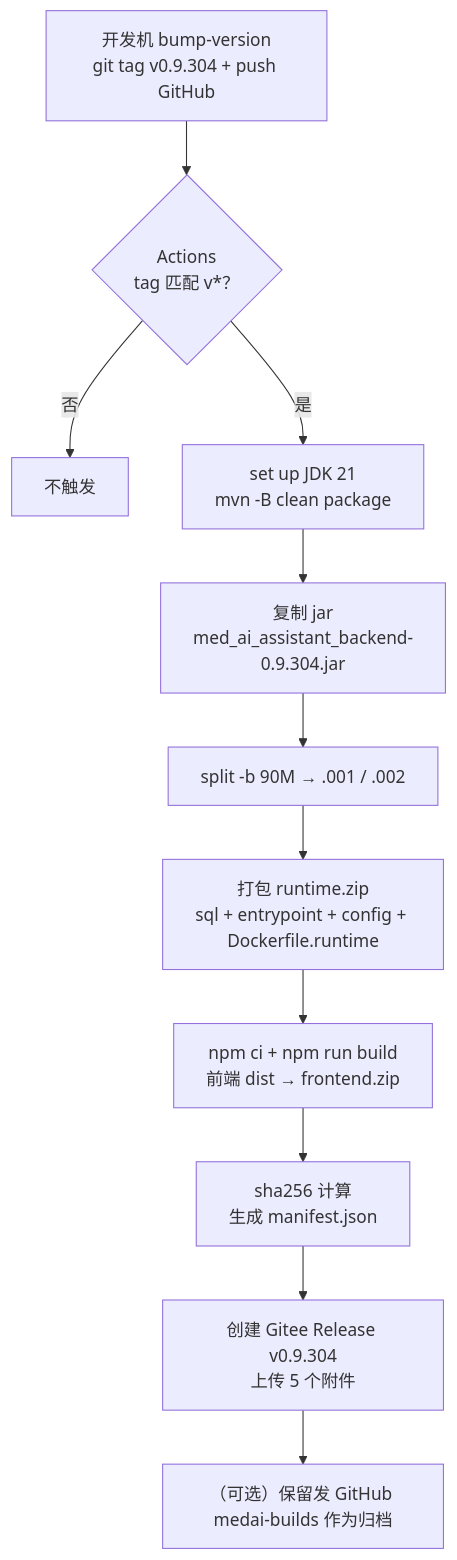
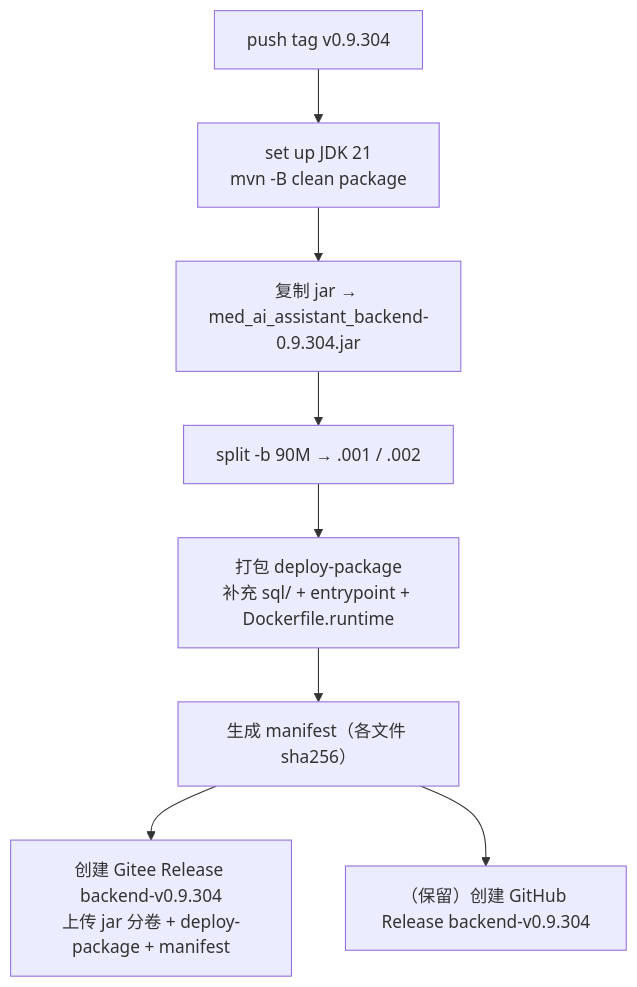
The third of 6 diagrams in doc/部署流程/自动部署链路改造设计-20261104.md (liuzh2008/med_ai_assistant_workspace), drawn with Mermaid before and after one commit. The commit also changed other lines of this file, not shown here.

Commit message:
docs(部署): grill-with-docs 审查后修订为 v4——发布单元改两个 Release、前端 CI 归位 vue 仓库、runtime 包改为扩展 deploy-package

````diff
--- a/doc/部署流程/自动部署链路改造设计-20261104.md
+++ b/doc/部署流程/自动部署链路改造设计-20261104.md
@@ -145,13 +173,10 @@
 ```mermaid
 flowchart TD
-    A["开发机 bump-version<br/>git tag v0.9.304 + push GitHub"] --> B{"Actions<br/>tag 匹配 v*？"}
-    B -->|否| Z["不触发"]
-    B -->|是| C["set up JDK 21<br/>mvn -B clean package"]
-    C --> D["复制 jar<br/>med_ai_assistant_backend-0.9.304.jar"]
-    D --> E["split -b 90M → .001 / .002"]
-    E --> F["打包 runtime.zip<br/>sql + entrypoint + config + Dockerfile.runtime"]
-    F --> G["npm ci + npm run build<br/>前端 dist → frontend.zip"]
-    G --> H["sha256 计算<br/>生成 manifest.json"]
-    H --> I["创建 Gitee Release v0.9.304<br/>上传 5 个附件"]
-    I --> J["（可选）保留发 GitHub medai-builds 作为归档"]
+    A["push tag v0.9.304"] --> B["set up JDK 21<br/>mvn -B clean package"]
+    B --> C["复制 jar → med_ai_assistant_backend-0.9.304.jar"]
+    C --> D["split -b 90M → .001 / .002"]
+    D --> E["打包 deploy-package<br/>补充 sql/ + entrypoint + Dockerfile.runtime"]
+    E --> F["生成 manifest（各文件 sha256）"]
+    F --> G["创建 Gitee Release backend-v0.9.304<br/>上传 jar 分卷 + deploy-package + manifest"]
+    F --> H["（保留）创建 GitHub Release backend-v0.9.304"]
 ```
````
